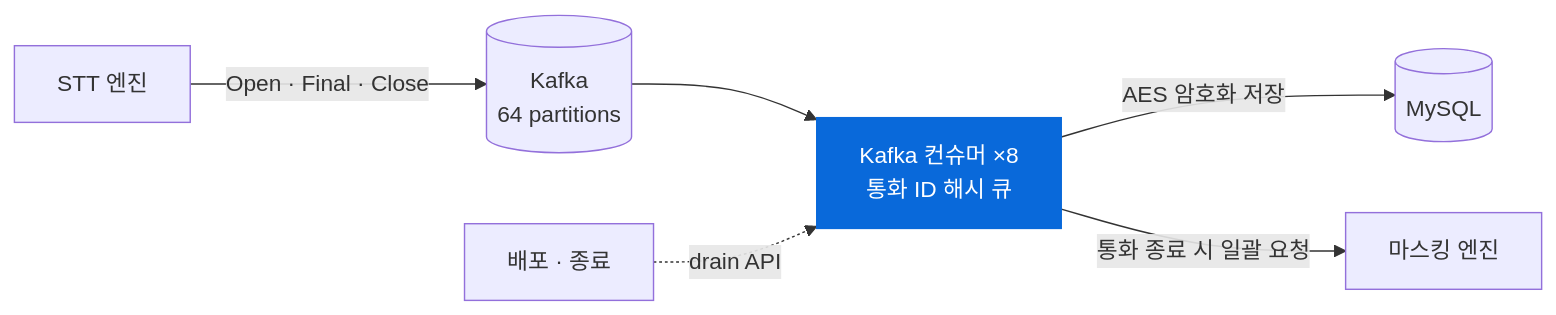
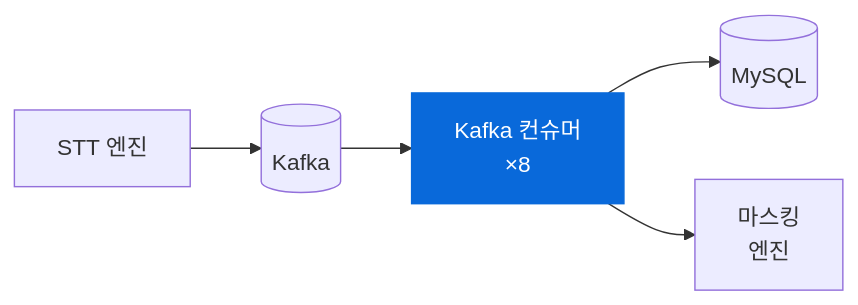
Before and after one commit to YuchanKim-DEV/YuchanKim-Dev: the second of 3 diagrams in README.md, drawn with Mermaid. The commit also changed other lines of this file, not shown here.

Commit message:
docs: 다이어그램 단순화, Before/After를 색 배지로 표시

````diff
--- a/README.md
+++ b/README.md
@@ -178,10 +178,9 @@
 ```mermaid
 flowchart LR
-    STT["STT 엔진"] -- "Open · Final · Close" --> K[("Kafka<br/>64 partitions")]
-    K --> C["Kafka 컨슈머 ×8<br/>통화 ID 해시 큐"]
-    C -- "AES 암호화 저장" --> DB[("MySQL")]
-    C -- "통화 종료 시 일괄 요청" --> M["마스킹 엔진"]
-    OPS["배포 · 종료"] -. "drain API" .-> C
+    STT["STT 엔진"] --> K[("Kafka")]
+    K --> C["Kafka 컨슈머<br/>×8"]
+    C --> DB[("MySQL")]
+    C --> M["마스킹<br/>엔진"]
     class C mine
     classDef mine fill:#0969DA,stroke:#0969DA,color:#fff
 ```
````
